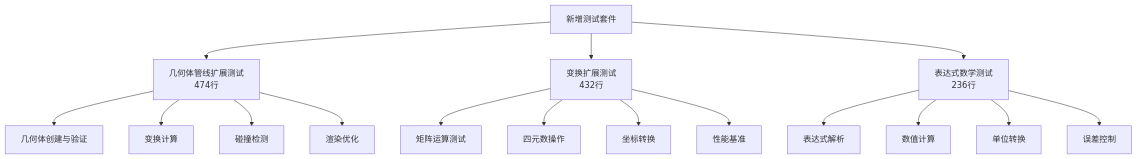
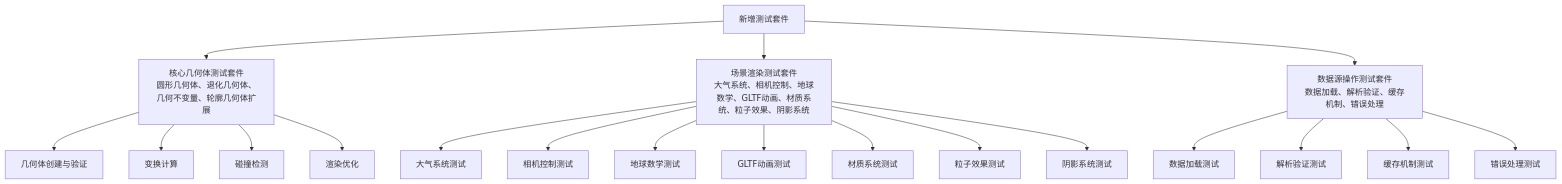
Before and after one commit to rzhangjing/cesium: the fifth of 6 diagrams in .qoder/repowiki/zh/content/测试与调试/Specs测试框架.md, drawn with Mermaid. The commit also changed other lines of this file and 16 other files, not shown here.

````diff
--- a/.qoder/repowiki/zh/content/测试与调试/Specs测试框架.md
+++ b/.qoder/repowiki/zh/content/测试与调试/Specs测试框架.md
@@ -416,18 +429,21 @@
 ```mermaid
 graph TB
-A["新增测试套件"] --> B["几何体管线扩展测试<br/>474行"]
-A --> C["变换扩展测试<br/>432行"]
-A --> D["表达式数学测试<br/>236行"]
+A["新增测试套件"] --> B["核心几何体测试套件<br/>圆形几何体、退化几何体、几何不变量、轮廓几何体扩展"]
+A --> C["场景渲染测试套件<br/>大气系统、相机控制、地球数学、GLTF动画、材质系统、粒子效果、阴影系统"]
+A --> D["数据源操作测试套件<br/>数据加载、解析验证、缓存机制、错误处理"]
 B --> E["几何体创建与验证"]
 B --> F["变换计算"]
 B --> G["碰撞检测"]
 B --> H["渲染优化"]
-C --> I["矩阵运算测试"]
-C --> J["四元数操作"]
-C --> K["坐标转换"]
-C --> L["性能基准"]
-D --> M["表达式解析"]
-D --> N["数值计算"]
-D --> O["单位转换"]
-D --> P["误差控制"]
+C --> I["大气系统测试"]
+C --> J["相机控制测试"]
+C --> K["地球数学测试"]
+C --> L["GLTF动画测试"]
+C --> M["材质系统测试"]
+C --> N["粒子效果测试"]
+C --> O["阴影系统测试"]
+D --> P["数据加载测试"]
+D --> Q["解析验证测试"]
+D --> R["缓存机制测试"]
+D --> S["错误处理测试"]
 ```
````
